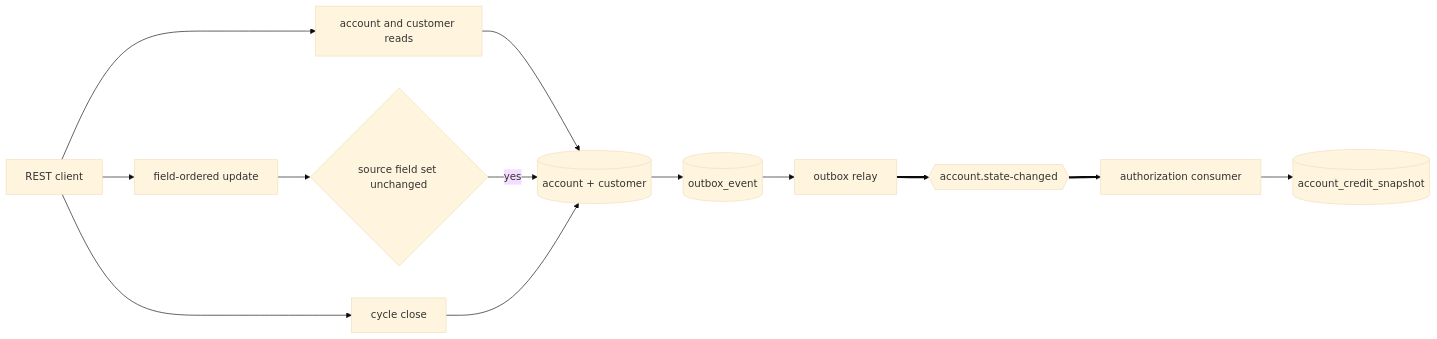
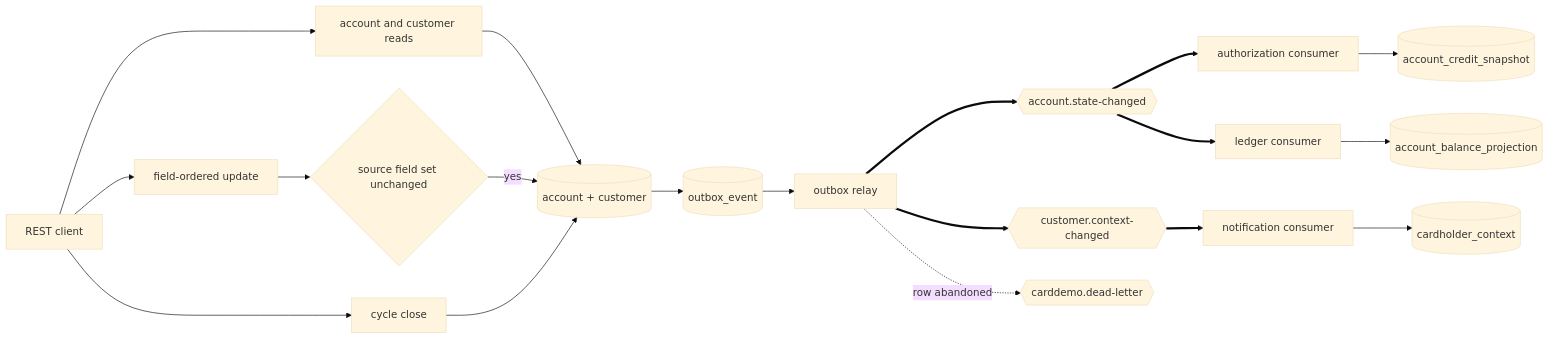
The first of 2 diagrams in card-platform/services/account-service/README.md (blitzy-public-samples/aws-carddemo-blitzy), drawn with Mermaid (base theme) before and after one commit. The commit also changed other lines of this file and 163 other files, not shown here.

````diff
--- a/card-platform/services/account-service/README.md
+++ b/card-platform/services/account-service/README.md
@@ -114,27 +119,39 @@
 ```mermaid
 graph LR
     CLIENT["REST client"]
     GET["account and customer reads"]
     UPDATE["field-ordered update"]
     CLOSE["cycle close"]
     COMPARE{"source field set unchanged"}
     DB[("account + customer")]
     OUT[("outbox_event")]
     RELAY["outbox relay"]
     TOPIC{{"account.state-changed"}}
+    CTX{{"customer.context-changed"}}
+    DEAD{{"carddemo.dead-letter"}}
     AUTH["authorization consumer"]
     SNAP[("account_credit_snapshot")]
+    LEDGER["ledger consumer"]
+    PROJ[("account_balance_projection")]
+    NOTIFY["notification consumer"]
+    NCTX[("cardholder_context")]
 
     CLIENT --> GET
     GET --> DB
     CLIENT --> UPDATE
     UPDATE --> COMPARE
     COMPARE -->|yes| DB
     CLIENT --> CLOSE
     CLOSE --> DB
     DB --> OUT
     OUT --> RELAY
     RELAY ==> TOPIC
+    RELAY ==> CTX
+    RELAY -.->|row abandoned| DEAD
     TOPIC ==> AUTH
     AUTH --> SNAP
+    TOPIC ==> LEDGER
+    LEDGER --> PROJ
+    CTX ==> NOTIFY
+    NOTIFY --> NCTX
 ```
````
